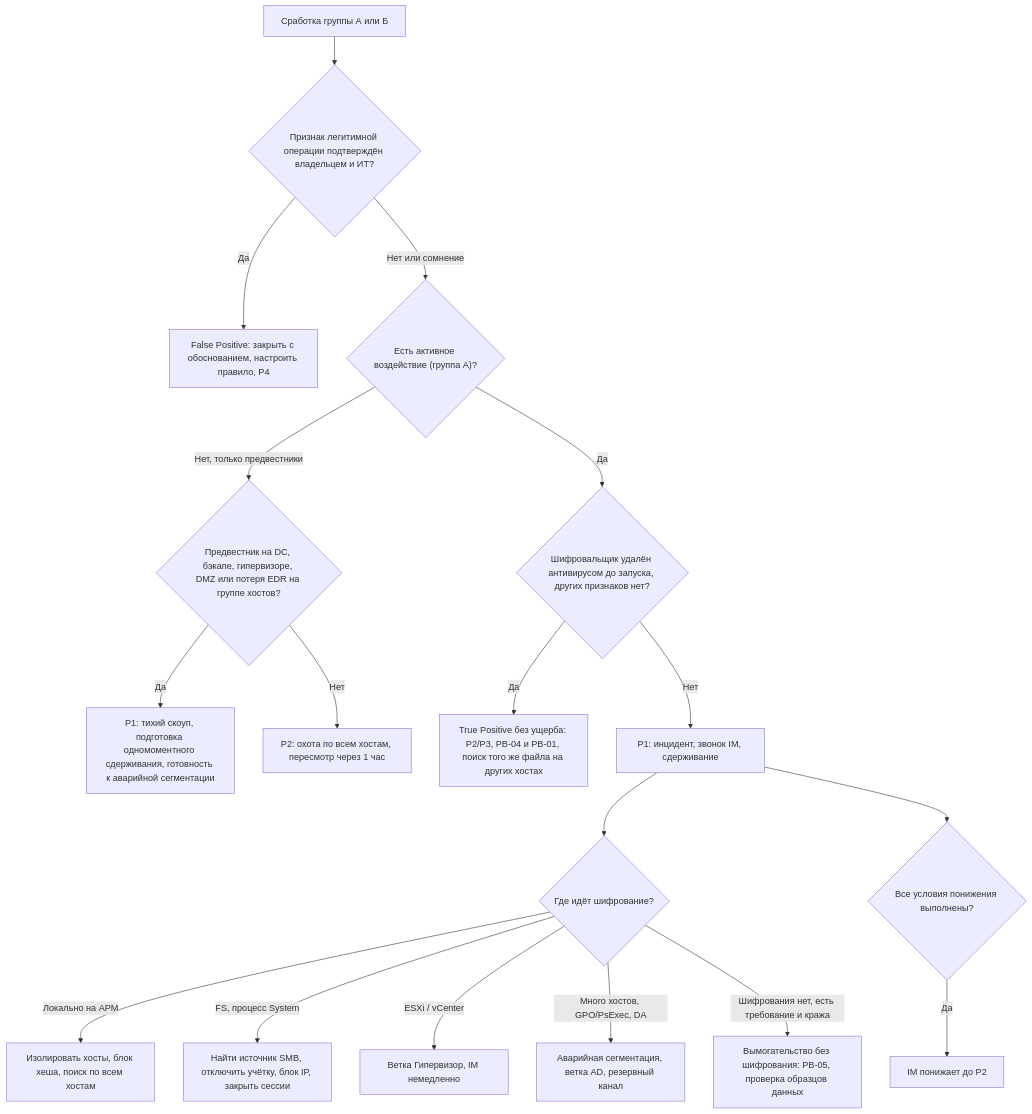
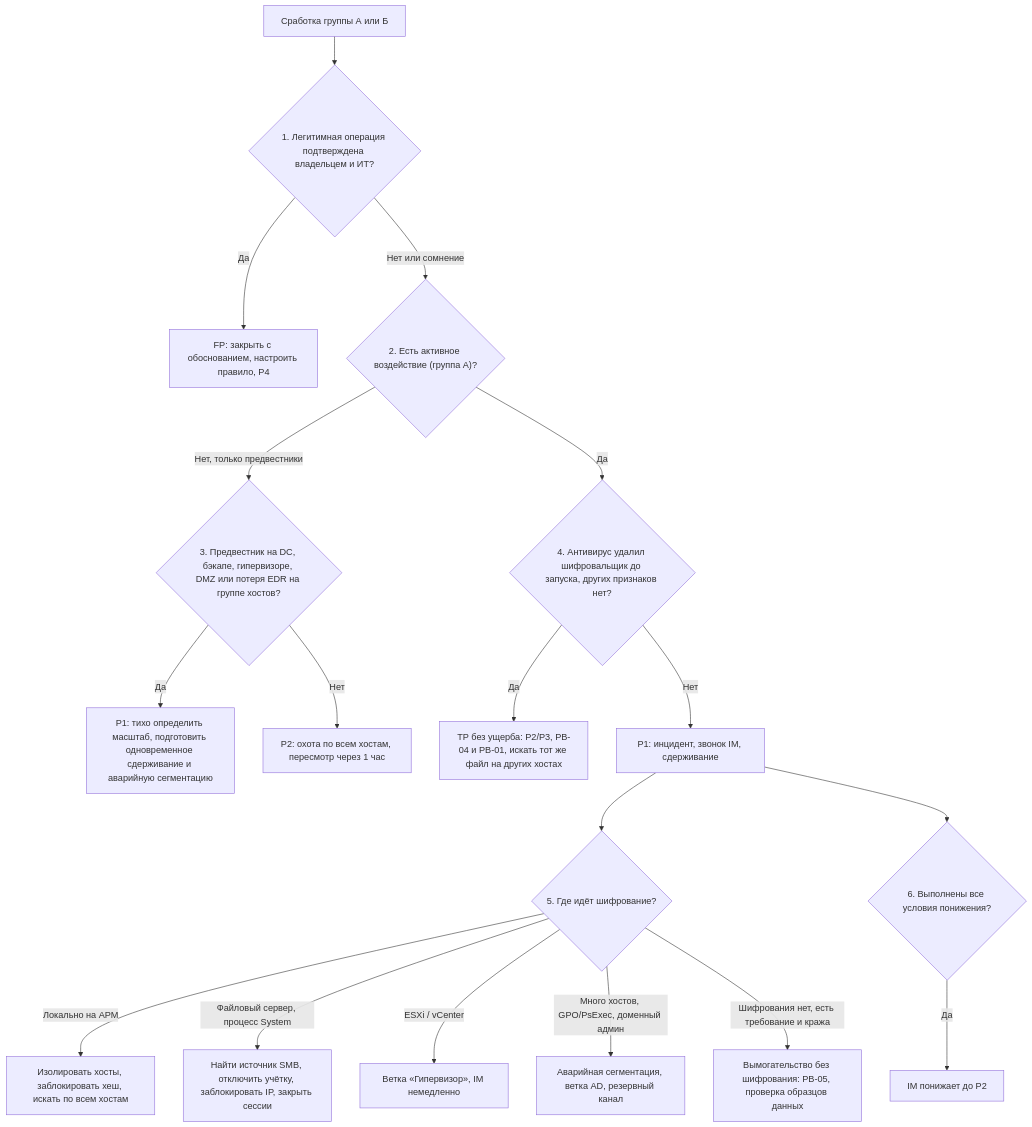
Before and after one commit to vehpbkrby/security-playbook: the diagram in playbooks/PB-02-ransomware.md, drawn with Mermaid. The commit also changed other lines of this file, not shown here.

````diff
--- a/playbooks/PB-02-ransomware.md
+++ b/playbooks/PB-02-ransomware.md
@@ -250,20 +166,20 @@
 ```mermaid
 flowchart TD
-    A["Сработка группы А или Б"] --> B{"Признак легитимной операции подтверждён владельцем и ИТ?"}
-    B -- "Да" --> FP["False Positive: закрыть с обоснованием, настроить правило, P4"]
-    B -- "Нет или сомнение" --> C{"Есть активное воздействие (группа А)?"}
-    C -- "Нет, только предвестники" --> D{"Предвестник на DC, бэкапе, гипервизоре, DMZ или потеря EDR на группе хостов?"}
-    D -- "Да" --> P1a["P1: тихий скоуп, подготовка одномоментного сдерживания, готовность к аварийной сегментации"]
+    A["Сработка группы А или Б"] --> B{"1. Легитимная операция подтверждена владельцем и ИТ?"}
+    B -- "Да" --> FP["FP: закрыть с обоснованием, настроить правило, P4"]
+    B -- "Нет или сомнение" --> C{"2. Есть активное воздействие (группа А)?"}
+    C -- "Нет, только предвестники" --> D{"3. Предвестник на DC, бэкапе, гипервизоре, DMZ или потеря EDR на группе хостов?"}
+    D -- "Да" --> P1a["P1: тихо определить масштаб, подготовить одновременное сдерживание и аварийную сегментацию"]
     D -- "Нет" --> P2a["P2: охота по всем хостам, пересмотр через 1 час"]
-    C -- "Да" --> E{"Шифровальщик удалён антивирусом до запуска, других признаков нет?"}
-    E -- "Да" --> TPn["True Positive без ущерба: P2/P3, PB-04 и PB-01, поиск того же файла на других хостах"]
+    C -- "Да" --> E{"4. Антивирус удалил шифровальщик до запуска, других признаков нет?"}
+    E -- "Да" --> TPn["TP без ущерба: P2/P3, PB-04 и PB-01, искать тот же файл на других хостах"]
     E -- "Нет" --> P1["P1: инцидент, звонок IM, сдерживание"]
-    P1 --> F{"Где идёт шифрование?"}
-    F -- "Локально на АРМ" --> G1["Изолировать хосты, блок хеша, поиск по всем хостам"]
-    F -- "FS, процесс System" --> G2["Найти источник SMB, отключить учётку, блок IP, закрыть сессии"]
-    F -- "ESXi / vCenter" --> G3["Ветка Гипервизор, IM немедленно"]
-    F -- "Много хостов, GPO/PsExec, DA" --> G4["Аварийная сегментация, ветка AD, резервный канал"]
+    P1 --> F{"5. Где идёт шифрование?"}
+    F -- "Локально на АРМ" --> G1["Изолировать хосты, заблокировать хеш, искать по всем хостам"]
+    F -- "Файловый сервер, процесс System" --> G2["Найти источник SMB, отключить учётку, заблокировать IP, закрыть сессии"]
+    F -- "ESXi / vCenter" --> G3["Ветка «Гипервизор», IM немедленно"]
+    F -- "Много хостов, GPO/PsExec, доменный админ" --> G4["Аварийная сегментация, ветка AD, резервный канал"]
     F -- "Шифрования нет, есть требование и кража" --> G5["Вымогательство без шифрования: PB-05, проверка образцов данных"]
-    P1 --> H{"Все условия понижения выполнены?"}
+    P1 --> H{"6. Выполнены все условия понижения?"}
     H -- "Да" --> P2b["IM понижает до P2"]
 ```
````
